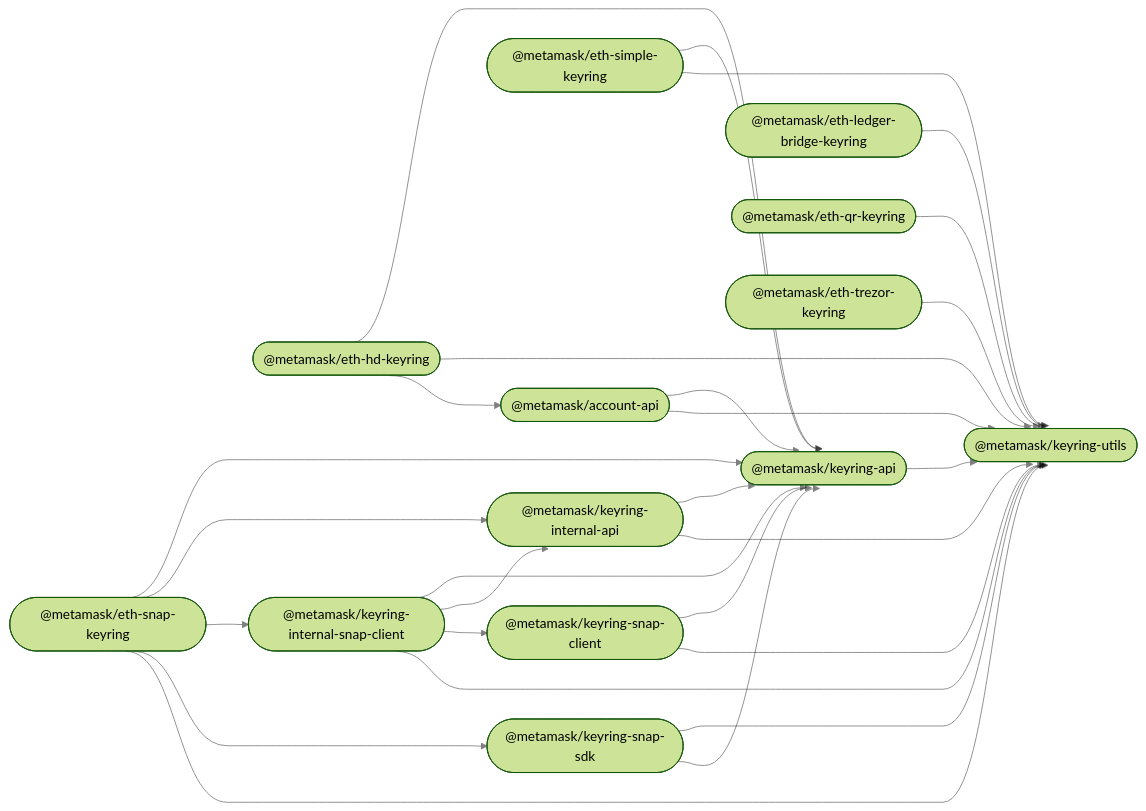
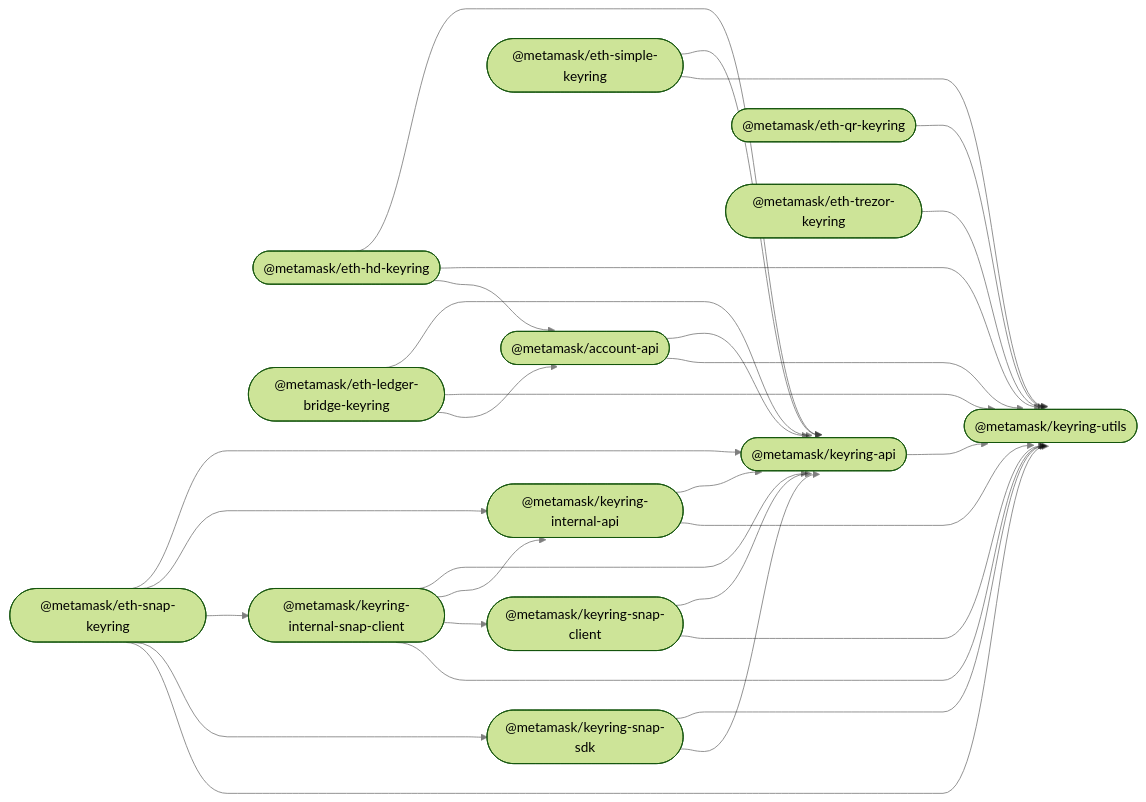
One commit to MetaMask/accounts changed the diagram in README.md. Above: the diagram before and after it, drawn with Mermaid (forest theme). The commit also changed 9 other files, not shown here.

First line of the commit message:
feat: add `LedgerKeyringV2` wrapper (#416)

````diff
--- a/README.md
+++ b/README.md
@@ -35,44 +35,46 @@
 ```mermaid
 %%{ init: { 'flowchart': { 'curve': 'bumpX' } } }%%
 graph LR;
 linkStyle default opacity:0.5
   account_api(["@metamask/account-api"]);
   keyring_api(["@metamask/keyring-api"]);
   eth_hd_keyring(["@metamask/eth-hd-keyring"]);
   eth_ledger_bridge_keyring(["@metamask/eth-ledger-bridge-keyring"]);
   eth_qr_keyring(["@metamask/eth-qr-keyring"]);
   eth_simple_keyring(["@metamask/eth-simple-keyring"]);
   eth_trezor_keyring(["@metamask/eth-trezor-keyring"]);
   keyring_internal_api(["@metamask/keyring-internal-api"]);
   keyring_internal_snap_client(["@metamask/keyring-internal-snap-client"]);
   eth_snap_keyring(["@metamask/eth-snap-keyring"]);
   keyring_snap_client(["@metamask/keyring-snap-client"]);
   keyring_snap_sdk(["@metamask/keyring-snap-sdk"]);
   keyring_utils(["@metamask/keyring-utils"]);
   account_api --> keyring_api;
   account_api --> keyring_utils;
   keyring_api --> keyring_utils;
   eth_hd_keyring --> keyring_api;
   eth_hd_keyring --> keyring_utils;
   eth_hd_keyring --> account_api;
+  eth_ledger_bridge_keyring --> keyring_api;
   eth_ledger_bridge_keyring --> keyring_utils;
+  eth_ledger_bridge_keyring --> account_api;
   eth_qr_keyring --> keyring_utils;
   eth_simple_keyring --> keyring_api;
   eth_simple_keyring --> keyring_utils;
   eth_trezor_keyring --> keyring_utils;
   keyring_internal_api --> keyring_api;
   keyring_internal_api --> keyring_utils;
   keyring_internal_snap_client --> keyring_api;
   keyring_internal_snap_client --> keyring_internal_api;
   keyring_internal_snap_client --> keyring_snap_client;
   keyring_internal_snap_client --> keyring_utils;
   eth_snap_keyring --> keyring_api;
   eth_snap_keyring --> keyring_internal_api;
   eth_snap_keyring --> keyring_internal_snap_client;
   eth_snap_keyring --> keyring_snap_sdk;
   eth_snap_keyring --> keyring_utils;
   keyring_snap_client --> keyring_api;
   keyring_snap_client --> keyring_utils;
   keyring_snap_sdk --> keyring_utils;
   keyring_snap_sdk --> keyring_api;
 ```
````
